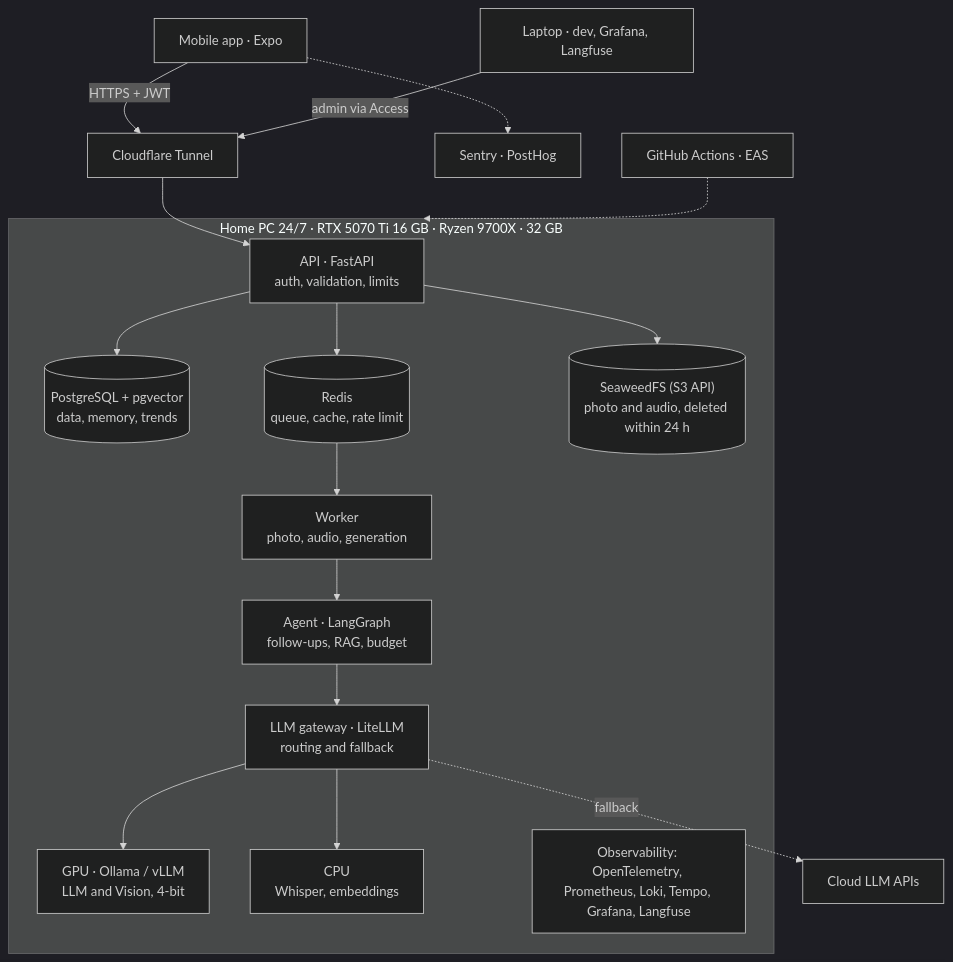
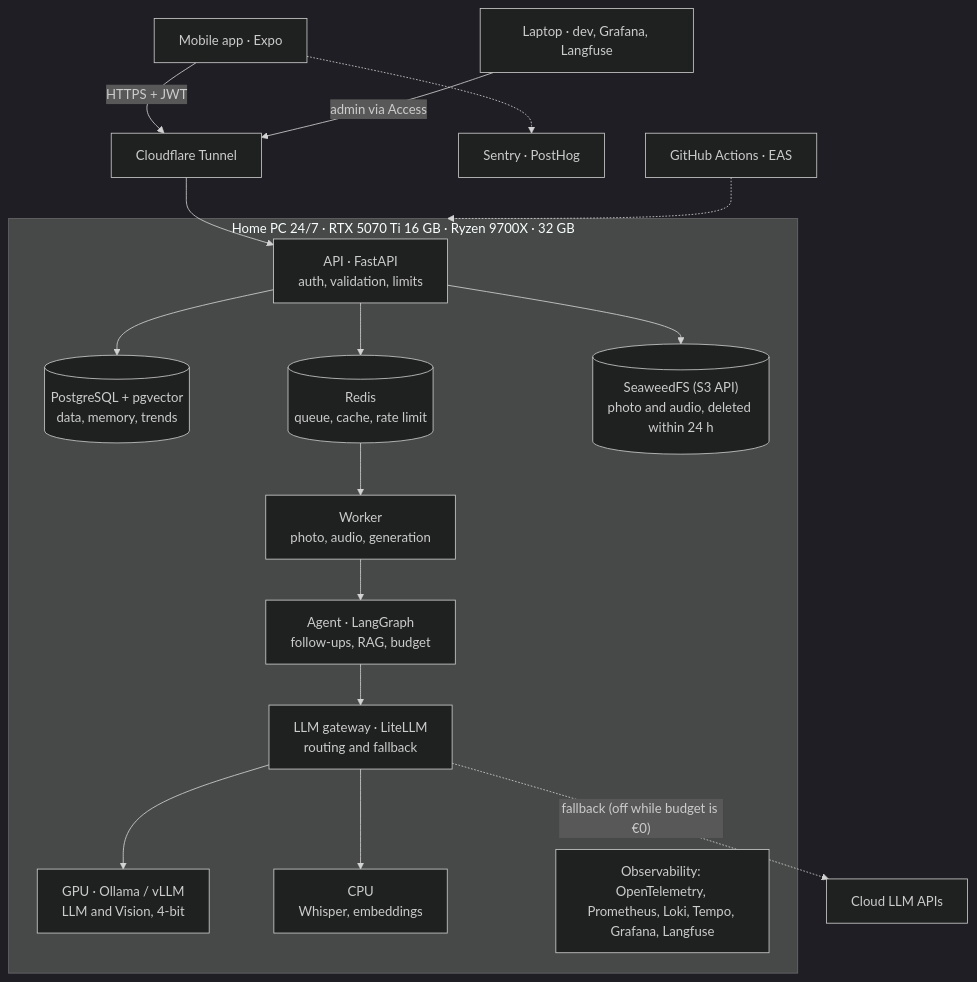
One commit to oleksii-trofymenko/capsule changed the first of 2 diagrams in docs/blueprint.md. Above: the diagram before and after it, drawn with Mermaid (dark theme). The commit also changed other lines of this file, not shown here.

First line of the commit message:
docs(blueprint): no cloud fallback at €0 (ADR-010), MMKV cache (ADR-003)

````diff
--- a/docs/blueprint.md
+++ b/docs/blueprint.md
@@ -49,20 +49,20 @@
 ```mermaid
 flowchart TB
   phone["Mobile app · Expo"] -->|HTTPS + JWT| tunnel["Cloudflare Tunnel"]
   laptop["Laptop · dev, Grafana, Langfuse"] -->|admin via Access| tunnel
   tunnel --> api
   subgraph pc["Home PC 24/7 · RTX 5070 Ti 16 GB · Ryzen 9700X · 32 GB"]
     api["API · FastAPI<br/>auth, validation, limits"] --> pg[("PostgreSQL + pgvector<br/>data, memory, trends")]
     api --> redis[("Redis<br/>queue, cache, rate limit")]
     api --> seaweedfs[("SeaweedFS (S3 API)<br/>photo and audio, deleted within 24 h")]
     redis --> worker["Worker<br/>photo, audio, generation"]
     worker --> agent["Agent · LangGraph<br/>follow-ups, RAG, budget"]
     agent --> gw["LLM gateway · LiteLLM<br/>routing and fallback"]
     gw --> gpu["GPU · Ollama / vLLM<br/>LLM and Vision, 4-bit"]
     gw --> cpu["CPU<br/>Whisper, embeddings"]
     obs["Observability: OpenTelemetry, Prometheus, Loki, Tempo, Grafana, Langfuse"]
   end
-  gw -.->|fallback| cloudllm["Cloud LLM APIs"]
+  gw -.->|"fallback (off while budget is €0)"| cloudllm["Cloud LLM APIs"]
   phone -.-> sentry["Sentry · PostHog"]
   ci["GitHub Actions · EAS"] -.-> pc
 ```
````
